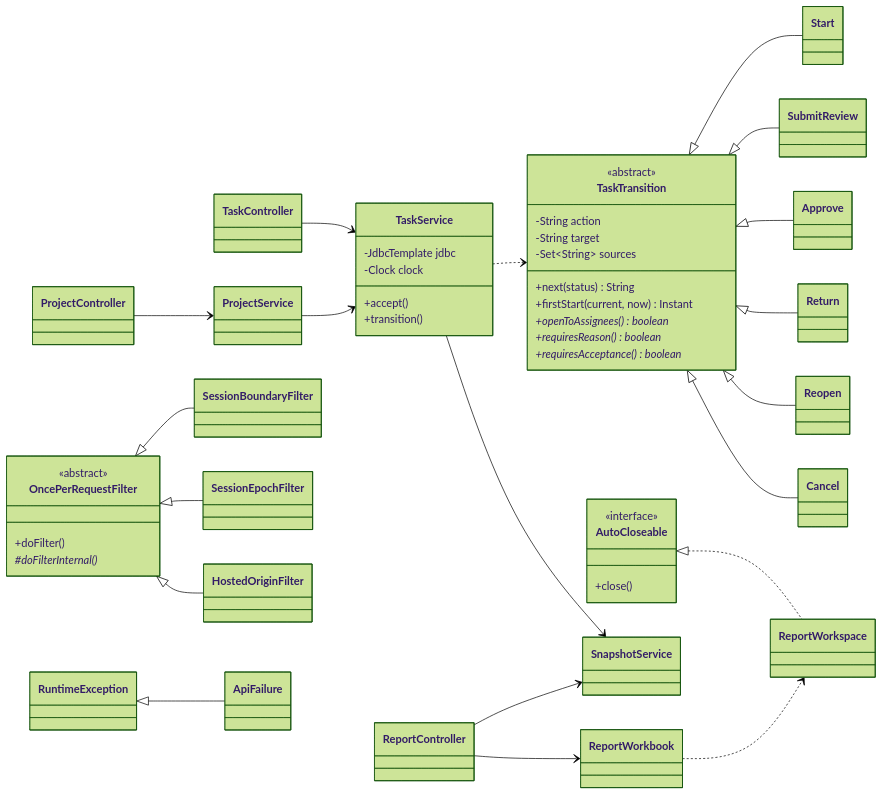
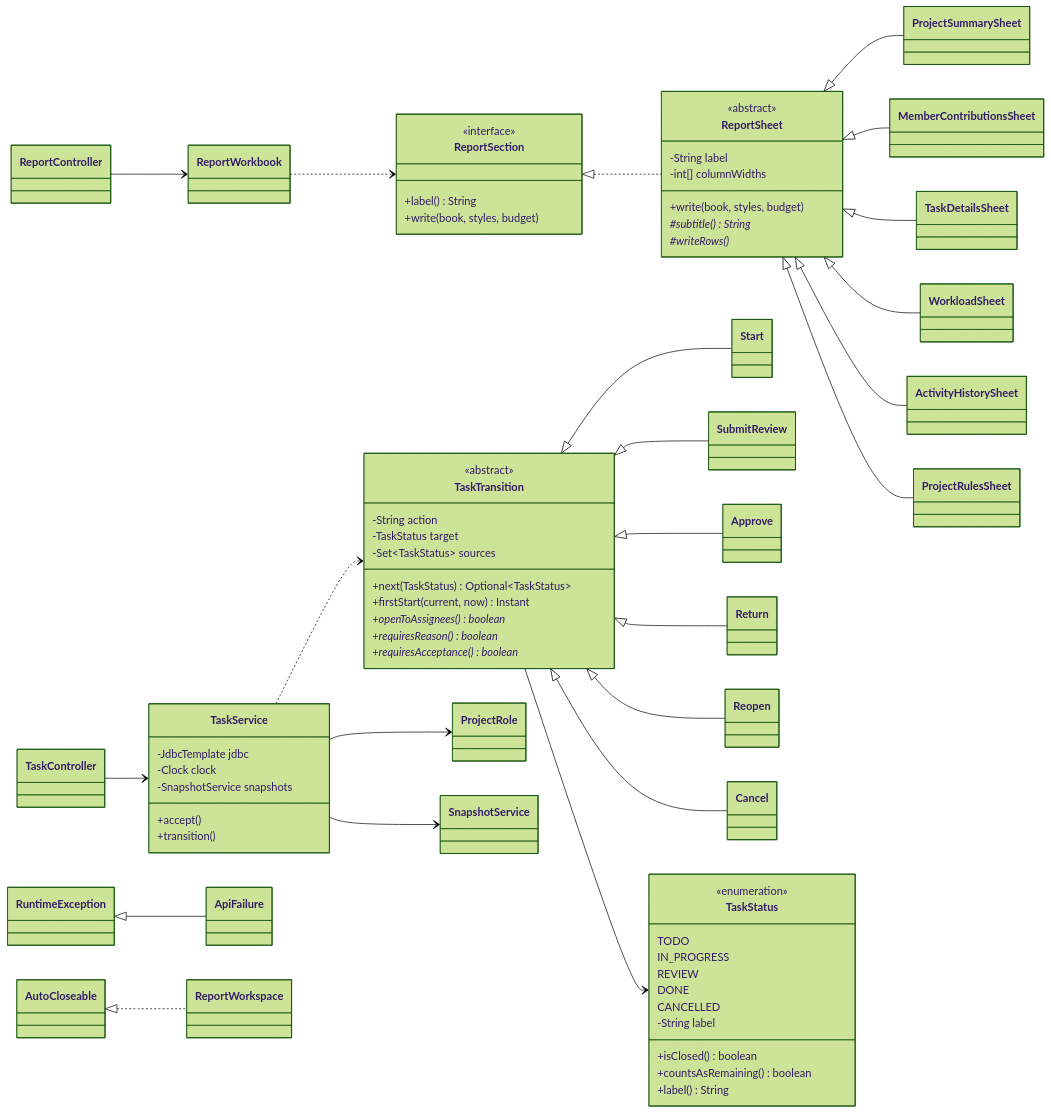
The diagram in README.md (jeushdev/owlibi), drawn with Mermaid (forest theme) before and after one commit. The commit also changed other lines of this file and 4 other files, not shown here.

First line of the commit message:
docs: document the OOP design, enums and report sheet hierarchy

````diff
--- a/README.md
+++ b/README.md
@@ -111,49 +114,69 @@
 ```mermaid
 classDiagram
     direction LR
     class TaskTransition {
         <<abstract>>
         -String action
-        -String target
-        -Set~String~ sources
-        +next(status) String
+        -TaskStatus target
+        -Set~TaskStatus~ sources
+        +next(TaskStatus) Optional~TaskStatus~
         +firstStart(current, now) Instant
         +openToAssignees()* boolean
         +requiresReason()* boolean
         +requiresAcceptance()* boolean
     }
+    class TaskStatus {
+        <<enumeration>>
+        TODO
+        IN_PROGRESS
+        REVIEW
+        DONE
+        CANCELLED
+        -String label
+        +isClosed() boolean
+        +countsAsRemaining() boolean
+        +label() String
+    }
     class TaskService {
         -JdbcTemplate jdbc
         -Clock clock
+        -SnapshotService snapshots
         +accept()
         +transition()
     }
-    class OncePerRequestFilter {
+    class ReportSection {
+        <<interface>>
+        +label() String
+        +write(book, styles, budget)
+    }
+    class ReportSheet {
         <<abstract>>
-        +doFilter()
-        #doFilterInternal()*
-    }
-    class AutoCloseable {
-        <<interface>>
-        +close()
+        -String label
+        -int[] columnWidths
+        +write(book, styles, budget)
+        #subtitle()* String
+        #writeRows()*
     }
     TaskTransition <|-- Start
     TaskTransition <|-- SubmitReview
     TaskTransition <|-- Approve
     TaskTransition <|-- Return
     TaskTransition <|-- Reopen
     TaskTransition <|-- Cancel
+    TaskTransition --> TaskStatus
     TaskController --> TaskService
     TaskService ..> TaskTransition
+    TaskService --> ProjectRole
     TaskService --> SnapshotService
-    ProjectController --> ProjectService
-    ProjectService --> TaskService
-    OncePerRequestFilter <|-- SessionBoundaryFilter
-    OncePerRequestFilter <|-- SessionEpochFilter
-    OncePerRequestFilter <|-- HostedOriginFilter
+    ReportSection <|.. ReportSheet
+    ReportSheet <|-- ProjectSummarySheet
+    ReportSheet <|-- MemberContributionsSheet
+    ReportSheet <|-- TaskDetailsSheet
+    ReportSheet <|-- WorkloadSheet
+    ReportSheet <|-- ActivityHistorySheet
+    ReportSheet <|-- ProjectRulesSheet
+    ReportController --> ReportWorkbook
+    ReportWorkbook ..> ReportSection
     RuntimeException <|-- ApiFailure
     AutoCloseable <|.. ReportWorkspace
-    ReportController --> ReportWorkbook
-    ReportController --> SnapshotService
-    ReportWorkbook ..> ReportWorkspace
 ```
````
